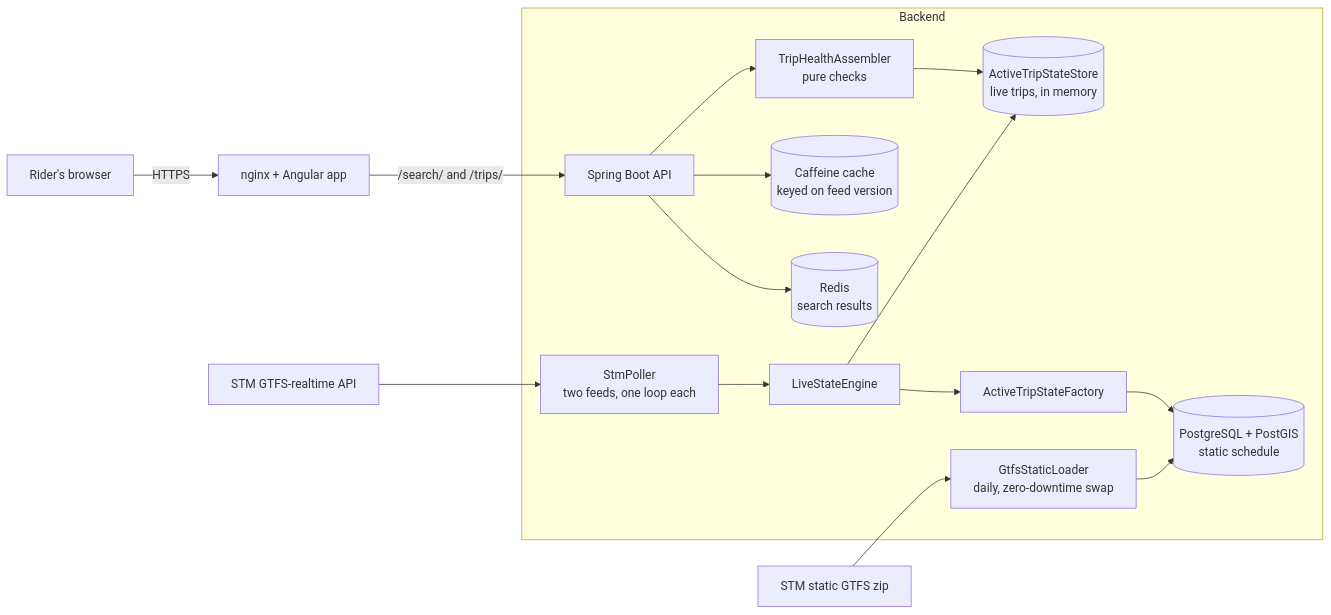
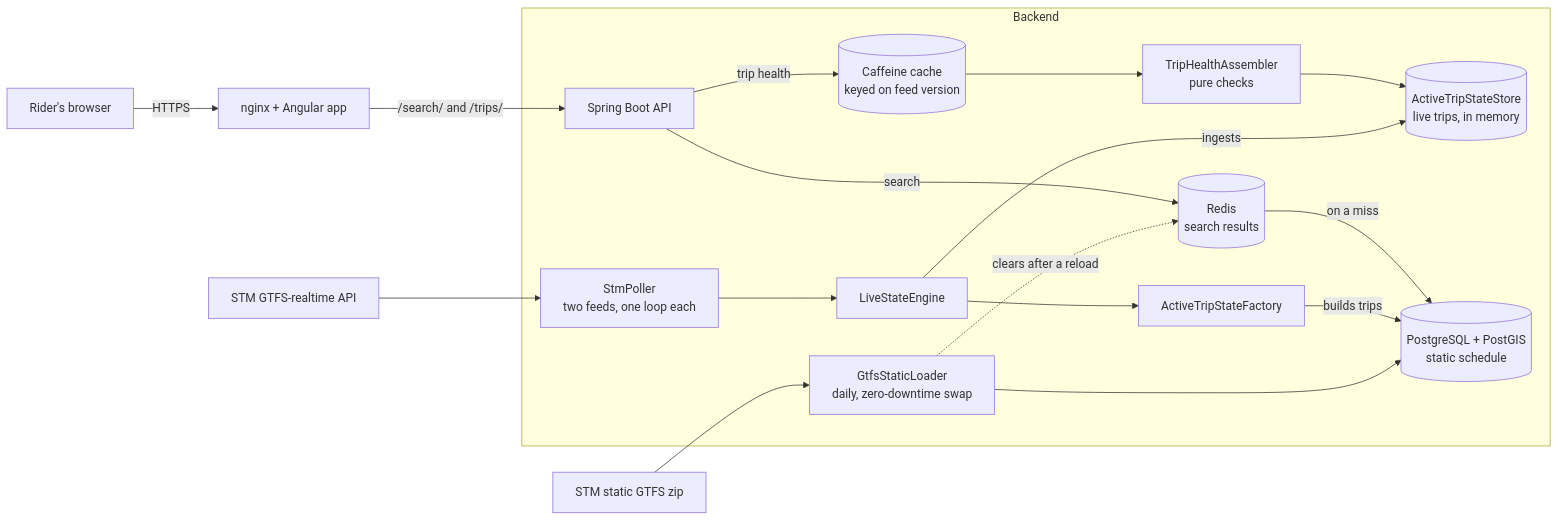
The diagram in README.md (ikeicg/MonArret), drawn with Mermaid before and after one commit. The commit also changed other lines of this file and 1 other file, not shown here.

Commit message:
docs: show the search path in the architecture diagram and expand the technology list

````diff
--- a/README.md
+++ b/README.md
@@ -19,19 +19,25 @@
 ```mermaid
 flowchart LR
     rider[Rider's browser] -->|HTTPS| nginx[nginx + Angular app]
     nginx -->|/search/ and /trips/| api[Spring Boot API]
 
     subgraph backend[Backend]
+        api -->|trip health| cache[(Caffeine cache<br/>keyed on feed version)]
+        cache --> assembler[TripHealthAssembler<br/>pure checks]
+        assembler --> store[(ActiveTripStateStore<br/>live trips, in memory)]
+
+        api -->|search| redis[(Redis<br/>search results)]
+        redis -->|on a miss| pg[(PostgreSQL + PostGIS<br/>static schedule)]
+
         poller[StmPoller<br/>two feeds, one loop each] --> engine[LiveStateEngine]
-        engine --> store[(ActiveTripStateStore<br/>live trips, in memory)]
+        engine -->|ingests| store
         engine --> factory[ActiveTripStateFactory]
-        api --> assembler[TripHealthAssembler<br/>pure checks] --> store
-        api --> cache[(Caffeine cache<br/>keyed on feed version)]
-        api --> redis[(Redis<br/>search results)]
-        loader[GtfsStaticLoader<br/>daily, zero-downtime swap] --> pg[(PostgreSQL + PostGIS<br/>static schedule)]
-        factory --> pg
+        factory -->|builds trips| pg
+
+        loader[GtfsStaticLoader<br/>daily, zero-downtime swap] --> pg
+        loader -.->|clears after a reload| redis
     end
 
     stm[STM GTFS-realtime API] --> poller
     zip[STM static GTFS zip] --> loader
 ```
````
